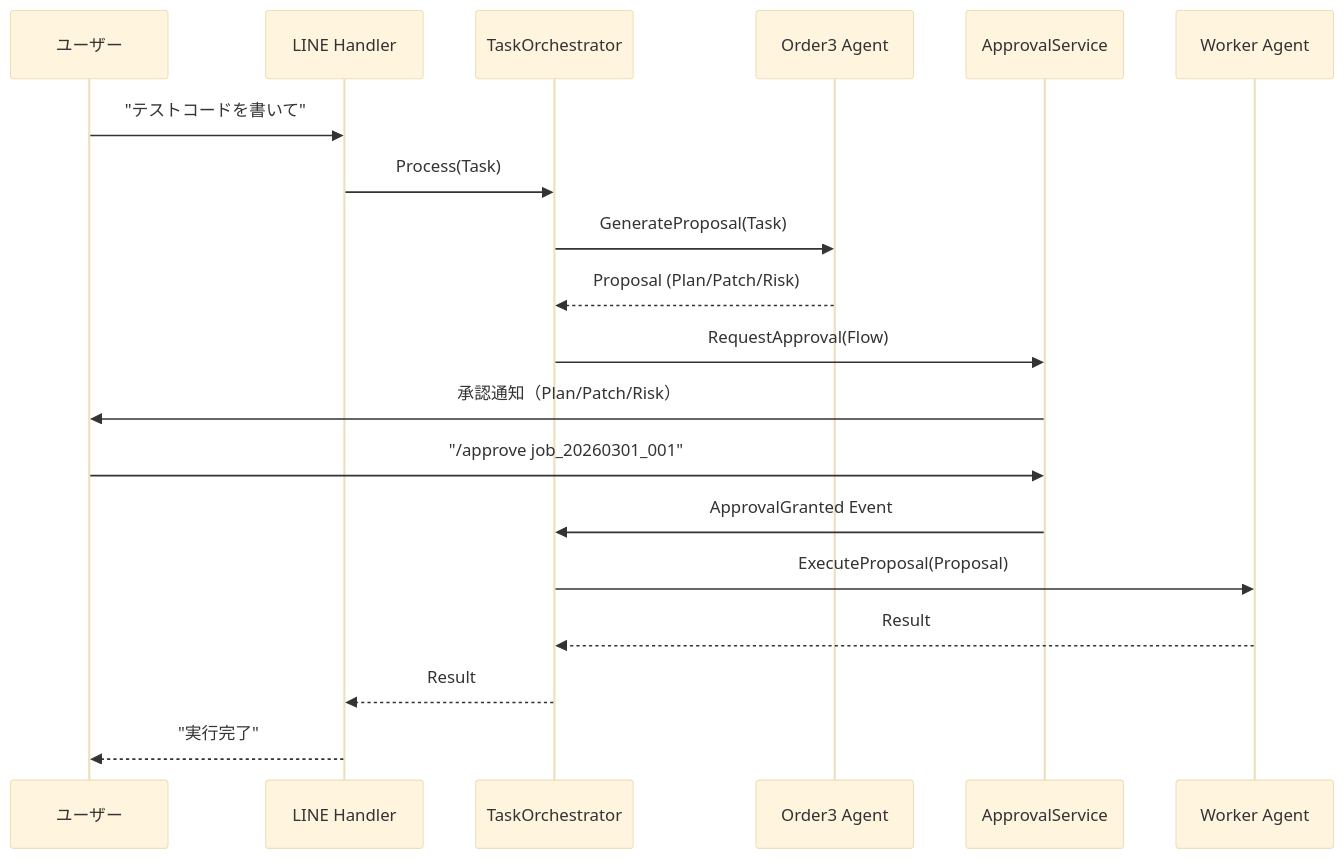
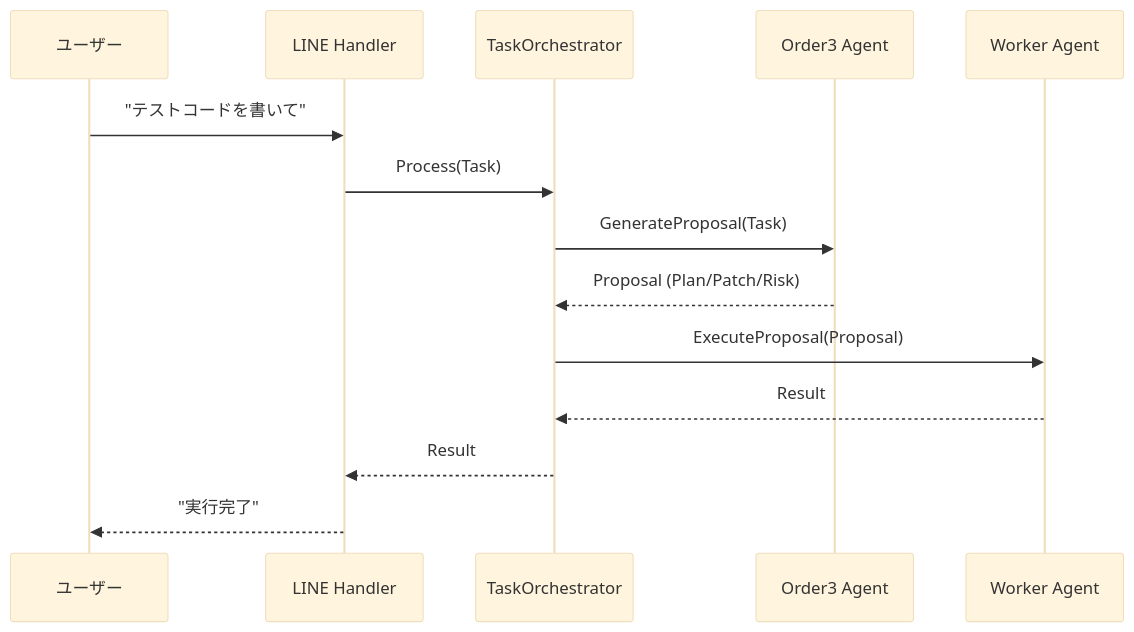
The fourth of 5 diagrams in docs/archive/08_AI提案/クリーンアーキテクチャ提案_01.md (Nyukimin/picoclaw_multiLLM), drawn with Mermaid (base theme) before and after one commit. The commit also changed other lines of this file and 88 other files, not shown here.

Commit message:
Remove approval flow and align tests

````diff
--- a/docs/archive/08_AI提案/クリーンアーキテクチャ提案_01.md
+++ b/docs/archive/08_AI提案/クリーンアーキテクチャ提案_01.md
@@ -1299,22 +1225,17 @@
 ```mermaid
 sequenceDiagram
     participant User as ユーザー
     participant Adapter as LINE Handler
     participant Orchestrator as TaskOrchestrator
     participant Order3 as Order3 Agent
-    participant Approval as ApprovalService
     participant Worker as Worker Agent
 
     User->>Adapter: "テストコードを書いて"
     Adapter->>Orchestrator: Process(Task)
     Orchestrator->>Order3: GenerateProposal(Task)
     Order3-->>Orchestrator: Proposal (Plan/Patch/Risk)
-    Orchestrator->>Approval: RequestApproval(Flow)
-    Approval->>User: 承認通知（Plan/Patch/Risk）
-    User->>Approval: "/approve job_20260301_001"
-    Approval->>Orchestrator: ApprovalGranted Event
     Orchestrator->>Worker: ExecuteProposal(Proposal)
     Worker-->>Orchestrator: Result
     Orchestrator-->>Adapter: Result
     Adapter-->>User: "実行完了"
 ```
````
